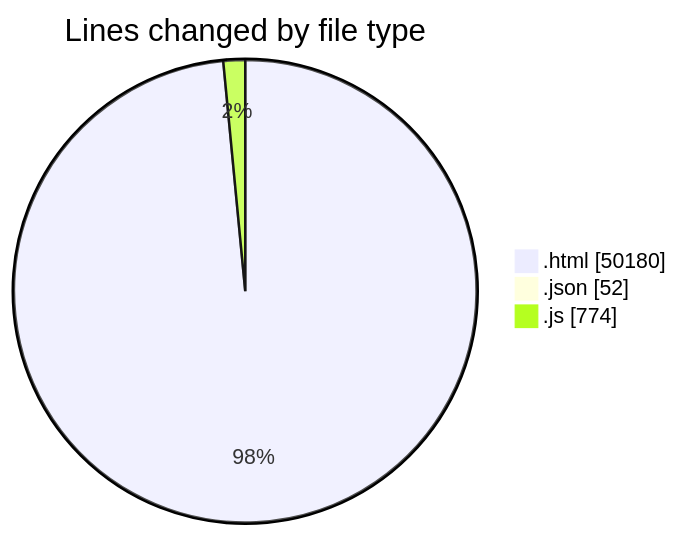
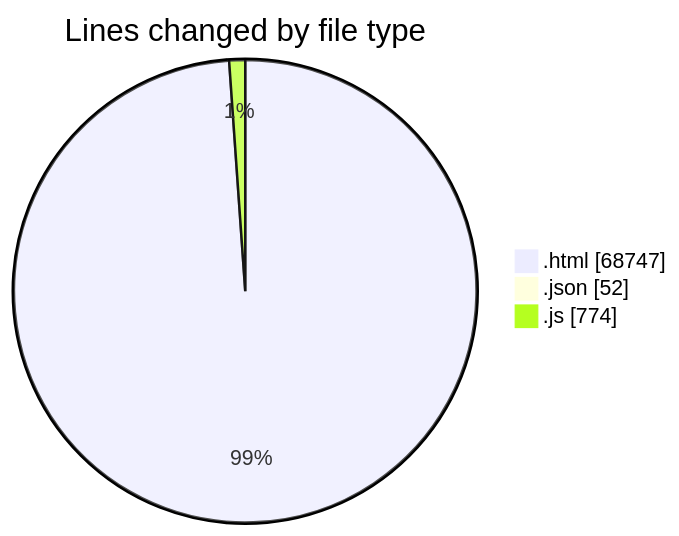
The first of 2 diagrams in 2025-09-16/www/README.md (vahidmafi/code-tracking), drawn with Mermaid before and after one commit. The commit also changed other lines of this file and 1 other file, not shown here.

````diff
--- a/2025-09-16/www/README.md
+++ b/2025-09-16/www/README.md
@@ -85,7 +115,7 @@
 ```mermaid
 pie showData
 title Lines changed by file type
-".html" : 50180
+".html" : 68747
 ".json" : 52
 ".js" : 774
 ```
````
